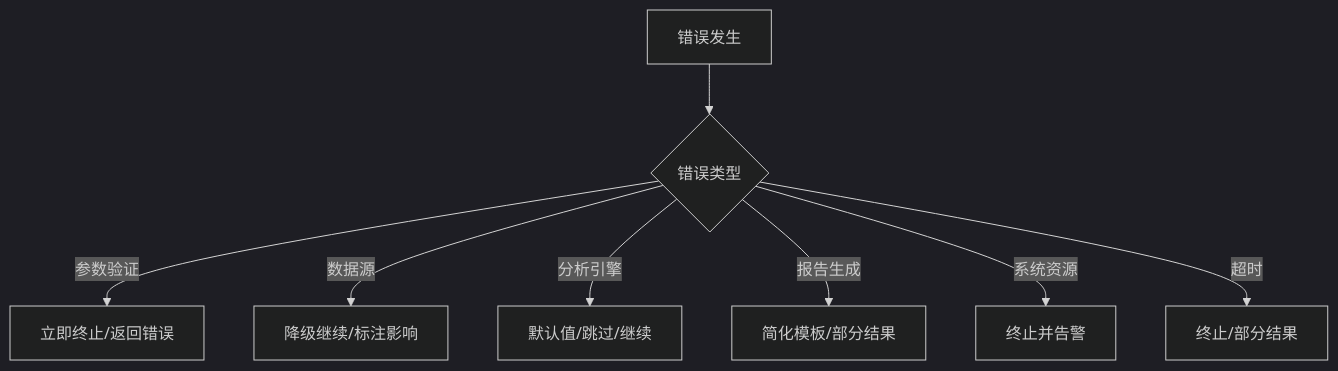
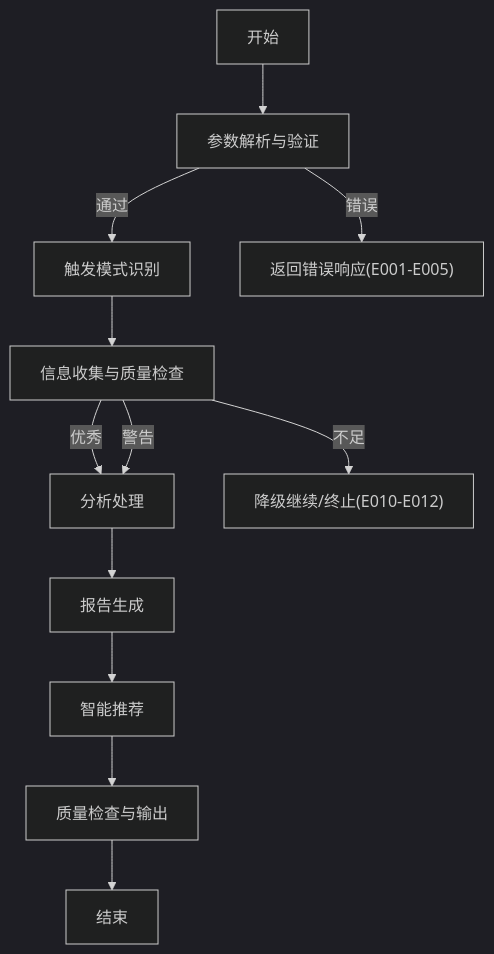
The eighth of 8 diagrams in .qoder/repowiki/zh/content/项目概述.md (daoAgents/task-execution-summary), drawn with Mermaid (dark theme) before and after one commit. The commit also changed other lines of this file and 33 other files, not shown here.

````diff
--- a/.qoder/repowiki/zh/content/项目概述.md
+++ b/.qoder/repowiki/zh/content/项目概述.md
@@ -249,10 +265,14 @@
 ```mermaid
 flowchart TD
-A["错误发生"] --> B{"错误类型"}
-B --> |参数验证| C["立即终止/返回错误"]
-B --> |数据源| D["降级继续/标注影响"]
-B --> |分析引擎| E["默认值/跳过/继续"]
-B --> |报告生成| F["简化模板/部分结果"]
-B --> |系统资源| G["终止并告警"]
-B --> |超时| H["终止/部分结果"]
+S["开始"] --> P1["参数解析与验证"]
+P1 --> |通过| P2["触发模式识别"]
+P1 --> |错误| E1["返回错误响应(E001-E005)"]
+P2 --> P3["信息收集与质量检查"]
+P3 --> |优秀| P4["分析处理"]
+P3 --> |警告| P4
+P3 --> |不足| E2["降级继续/终止(E010-E012)"]
+P4 --> P5["报告生成"]
+P5 --> P6["智能推荐"]
+P6 --> P7["质量检查与输出"]
+P7 --> END["结束"]
 ```
````
